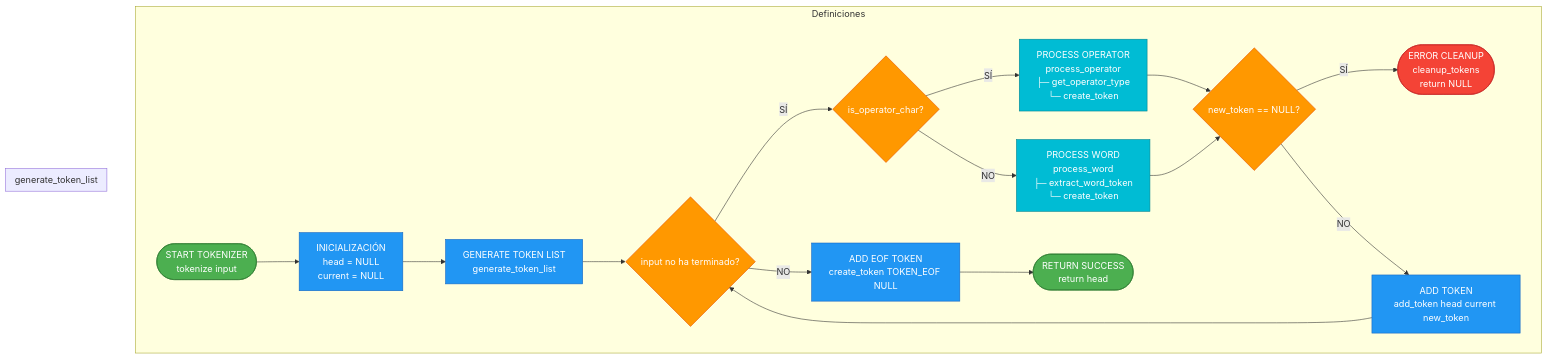
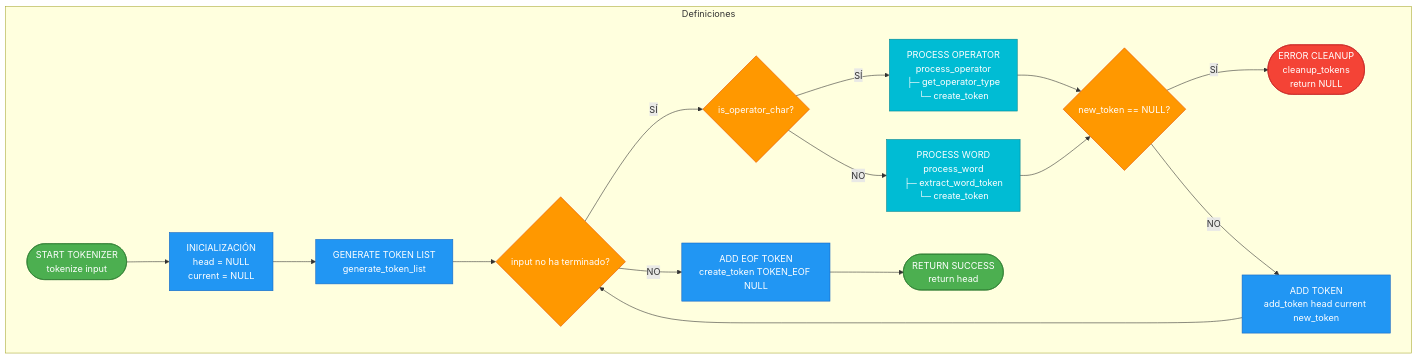
Before and after one commit to x65juan56x/minishell: the second of 4 diagrams in docs/FLOWCHARTS.md, drawn with Mermaid.

Commit message:
Flowcharts actualizados

````diff
--- a/docs/FLOWCHARTS.md
+++ b/docs/FLOWCHARTS.md
@@ -96,59 +96,59 @@
 ```mermaid
 flowchart TD
     subgraph "Definiciones"
         TOK_START([START TOKENIZER<br/>tokenize input])
         TOK_INIT[INICIALIZACIÓN<br/>head = NULL<br/>current = NULL]
         
         GEN_LIST[GENERATE TOKEN LIST<br/>generate_token_list]
         
         TOK_LOOP{input no ha terminado?}
         
         IS_OPERATOR{is_operator_char?}
         PROC_OPERATOR[PROCESS OPERATOR<br/>process_operator<br/>├─ get_operator_type<br/>└─ create_token]
         
         PROC_WORD[PROCESS WORD<br/>process_word<br/>├─ extract_word_token<br/>└─ create_token]
         
         CHECK_TOKEN{new_token == NULL?}
         ADD_TOKEN[ADD TOKEN<br/>add_token head current new_token]
         TOK_ERROR([ERROR CLEANUP<br/>cleanup_tokens<br/>return NULL])
         
         ADD_EOF[ADD EOF TOKEN<br/>create_token TOKEN_EOF NULL]
         TOK_SUCCESS([RETURN SUCCESS<br/>return head])
     end
 
-    %% Flujo
+    %% Flujo de tokenize()
     TOK_START --> TOK_INIT
     TOK_INIT --> GEN_LIST
     
-    subgraph "generate_token_list"
-        GEN_LIST --> TOK_LOOP
-        TOK_LOOP -->|SÍ| IS_OPERATOR
-        
-        IS_OPERATOR -->|SÍ| PROC_OPERATOR
-        IS_OPERATOR -->|NO| PROC_WORD
-        
-        PROC_OPERATOR --> CHECK_TOKEN
-        PROC_WORD --> CHECK_TOKEN
-        
-        CHECK_TOKEN -->|SÍ| TOK_ERROR
-        CHECK_TOKEN -->|NO| ADD_TOKEN
-        
-        ADD_TOKEN --> TOK_LOOP
-    end
+    %% Flujo dentro de generate_token_list()
+    GEN_LIST --> TOK_LOOP
+    TOK_LOOP -->|SÍ| IS_OPERATOR
+    
+    IS_OPERATOR -->|SÍ| PROC_OPERATOR
+    IS_OPERATOR -->|NO| PROC_WORD
+    
+    PROC_OPERATOR --> CHECK_TOKEN
+    PROC_WORD --> CHECK_TOKEN
+    
+    CHECK_TOKEN -->|SÍ| TOK_ERROR
+    CHECK_TOKEN -->|NO| ADD_TOKEN
+    
+    ADD_TOKEN --> TOK_LOOP
 
+    %% Flujo de retorno a tokenize()
     TOK_LOOP -->|NO| ADD_EOF
     ADD_EOF --> TOK_SUCCESS
     
     %% Estilos
     classDef startEnd fill:#4CAF50,stroke:#2E7D32,color:#fff
     classDef process fill:#2196F3,stroke:#1565C0,color:#fff
     classDef decision fill:#FF9800,stroke:#E65100,color:#fff
     classDef error fill:#F44336,stroke:#C62828,color:#fff
     classDef subprocess fill:#00BCD4,stroke:#00838F,color:#fff
     
     class TOK_START,TOK_SUCCESS startEnd
     class TOK_INIT,GEN_LIST,ADD_TOKEN,ADD_EOF process
     class TOK_LOOP,IS_OPERATOR,CHECK_TOKEN decision
     class TOK_ERROR error
     class PROC_OPERATOR,PROC_WORD subprocess
 ```
````
